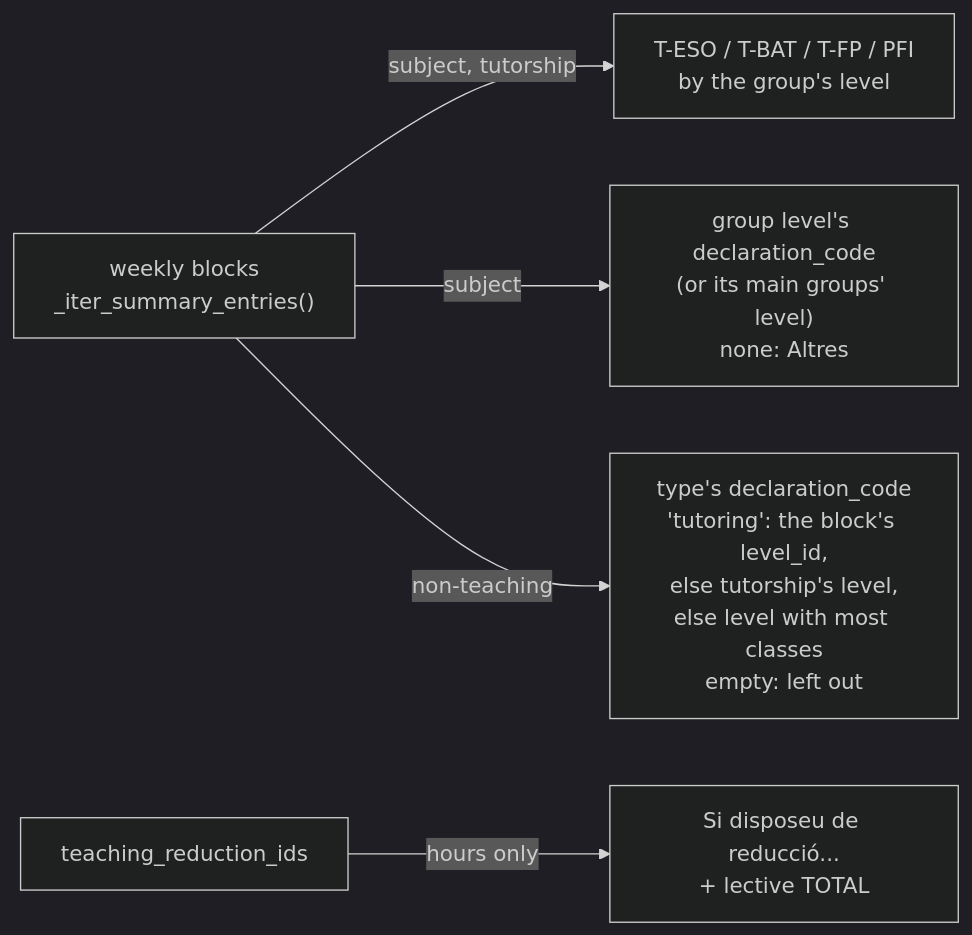
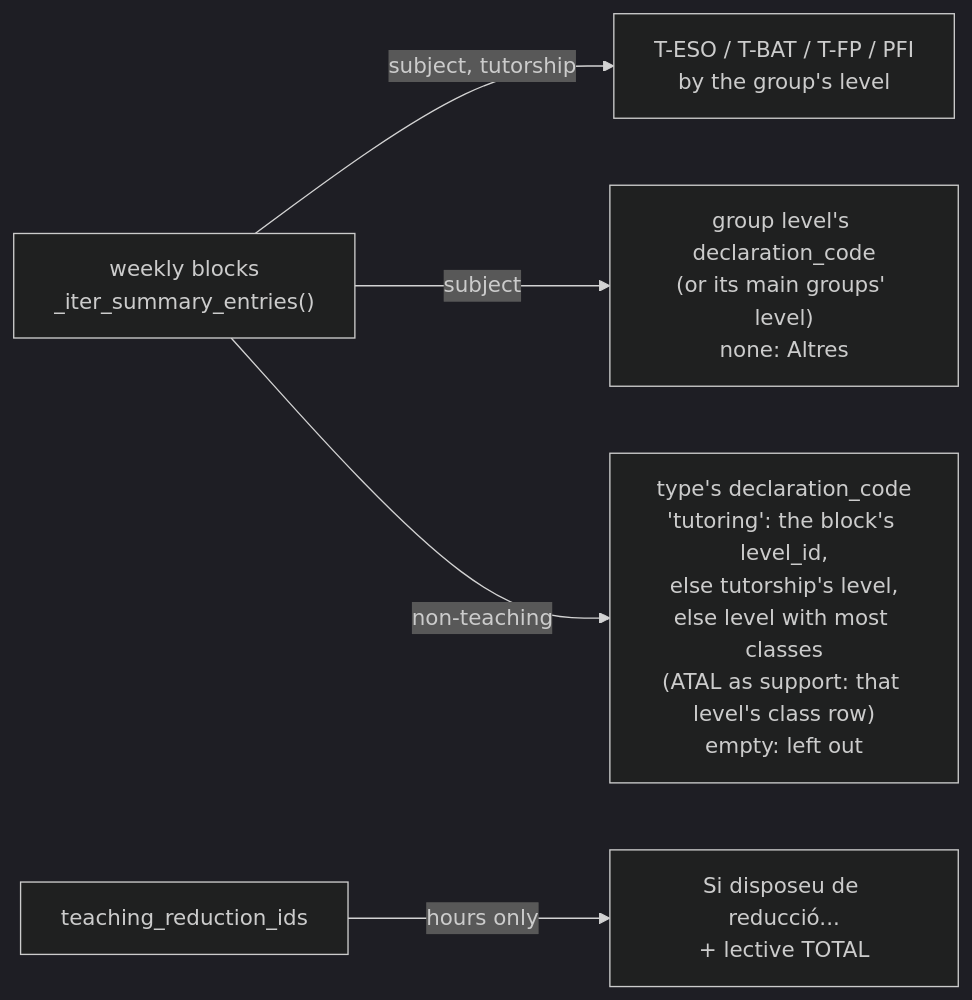
One commit to ElPuig/EMS changed the fifth of 9 diagrams in docs/en/developers/employees/working_schedule.md. Above: the diagram before and after it, drawn with Mermaid (dark theme). The commit also changed other lines of this file and 18 other files, not shown here.

First line of the commit message:
Schedule declaration: student support counts as support or tutoring (#846)

````diff
--- a/docs/en/developers/employees/working_schedule.md
+++ b/docs/en/developers/employees/working_schedule.md
@@ -399,7 +400,7 @@
 ```mermaid
 graph LR
     B["weekly blocks<br/>_iter_summary_entries()"] -->|subject, tutorship| T["T-ESO / T-BAT / T-FP / PFI<br/>by the group's level"]
     B -->|subject| L["group level's declaration_code<br/>(or its main groups' level)<br/>none: Altres"]
-    B -->|non-teaching| N["type's declaration_code<br/>'tutoring': the block's level_id,<br/>else tutorship's level,<br/>else level with most classes<br/>empty: left out"]
+    B -->|non-teaching| N["type's declaration_code<br/>'tutoring': the block's level_id,<br/>else tutorship's level,<br/>else level with most classes<br/>(ATAL as support: that level's class row)<br/>empty: left out"]
     R["teaching_reduction_ids"] -->|hours only| RR["Si disposeu de reducció...<br/>+ lective TOTAL"]
 ```
````
